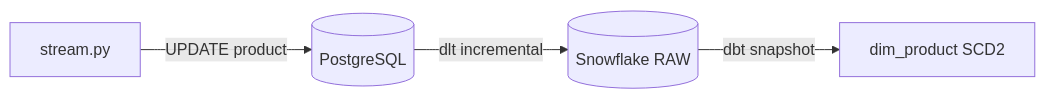
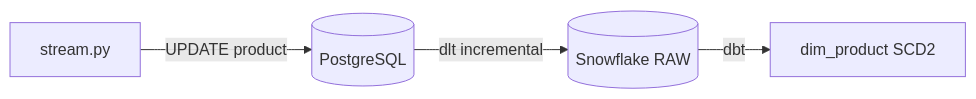
Before and after one commit to whtbl3/retail-pulse: the second of 3 diagrams in docs/design/data-generator.md, drawn with Mermaid. The commit also changed other lines of this file and 15 other files, not shown here.

````diff
--- a/docs/design/data-generator.md
+++ b/docs/design/data-generator.md
@@ -345,6 +345,6 @@
 ```mermaid
 flowchart LR
     S[stream.py] -->|UPDATE product| PG[(PostgreSQL)]
     PG -->|dlt incremental| RAW[(Snowflake RAW)]
-    RAW -->|dbt snapshot| DIM[dim_product SCD2]
+    RAW -->|dbt| DIM[dim_product SCD2]
 ```
````
